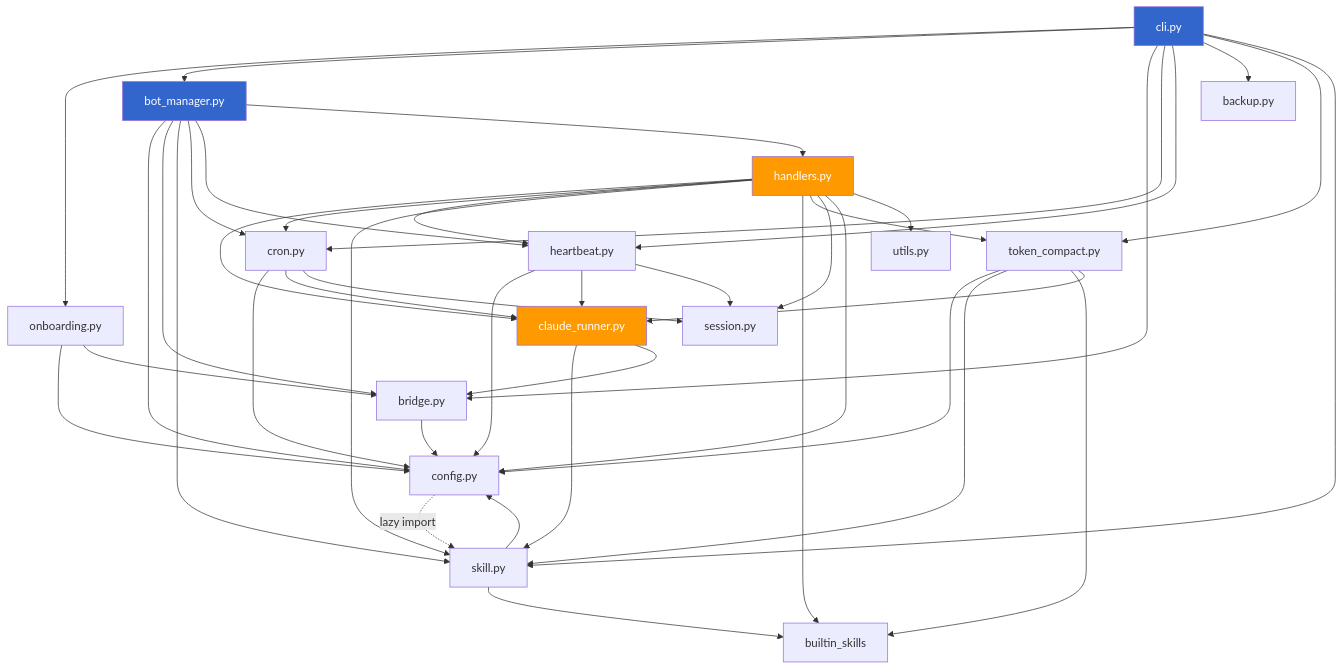
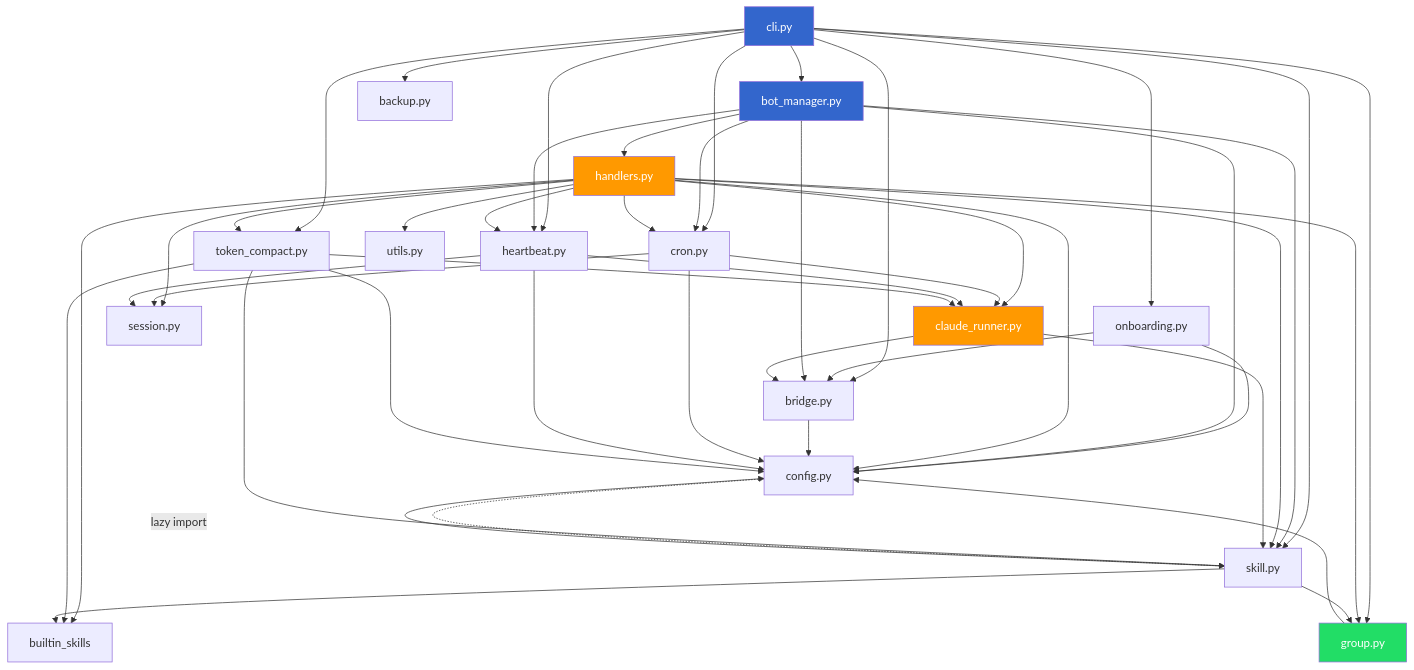
One commit to heg-wtf/cclaw changed the third of 10 diagrams in docs/ARCHITECTURE.md. Above: the diagram before and after it, drawn with Mermaid. The commit also changed other lines of this file and 1 other file, not shown here.

First line of the commit message:
📝 docs: add group collaboration to architecture and technical notes

````diff
--- a/docs/ARCHITECTURE.md
+++ b/docs/ARCHITECTURE.md
@@ -282,59 +298,65 @@
 ```mermaid
 graph TD
     CLI[cli.py] --> OB[onboarding.py]
     CLI --> BM[bot_manager.py]
     CLI --> BR[bridge.py]
     CLI --> CRON[cron.py]
     CLI --> HB[heartbeat.py]
     CLI --> BAK[backup.py]
     CLI --> TC[token_compact.py]
     CLI --> SK[skill.py]
+    CLI --> GR[group.py]
 
     OB --> CFG[config.py]
     OB --> BR
 
     BM --> CFG
     BM --> BR
     BM --> SK
     BM --> CRON
     BM --> HB
     BM --> HA[handlers.py]
 
     HA --> CR[claude_runner.py]
     HA --> CRON
     HA --> HB
     HA --> SK
     HA --> BS[builtin_skills]
     HA --> TC
     HA --> SE[session.py]
+    HA --> GR
     HA --> CFG
     HA --> UT[utils.py]
 
     CR --> SK
     CR --> BR
 
     BR --> CFG
 
     CRON --> CFG
     CRON --> CR
     CRON --> SE
 
     HB --> CFG
     HB --> CR
     HB --> SE
 
     TC --> CFG
     TC --> SK
     TC --> BS
     TC --> CR
 
     SK --> CFG
     SK --> BS
+    SK --> GR
+
+    GR --> CFG
 
     CFG -.->|lazy import| SK
 
     style CLI fill:#36c,color:#fff
     style BM fill:#36c,color:#fff
     style HA fill:#f90,color:#fff
     style CR fill:#f90,color:#fff
+    style GR fill:#2d6,color:#fff
 ```
````
